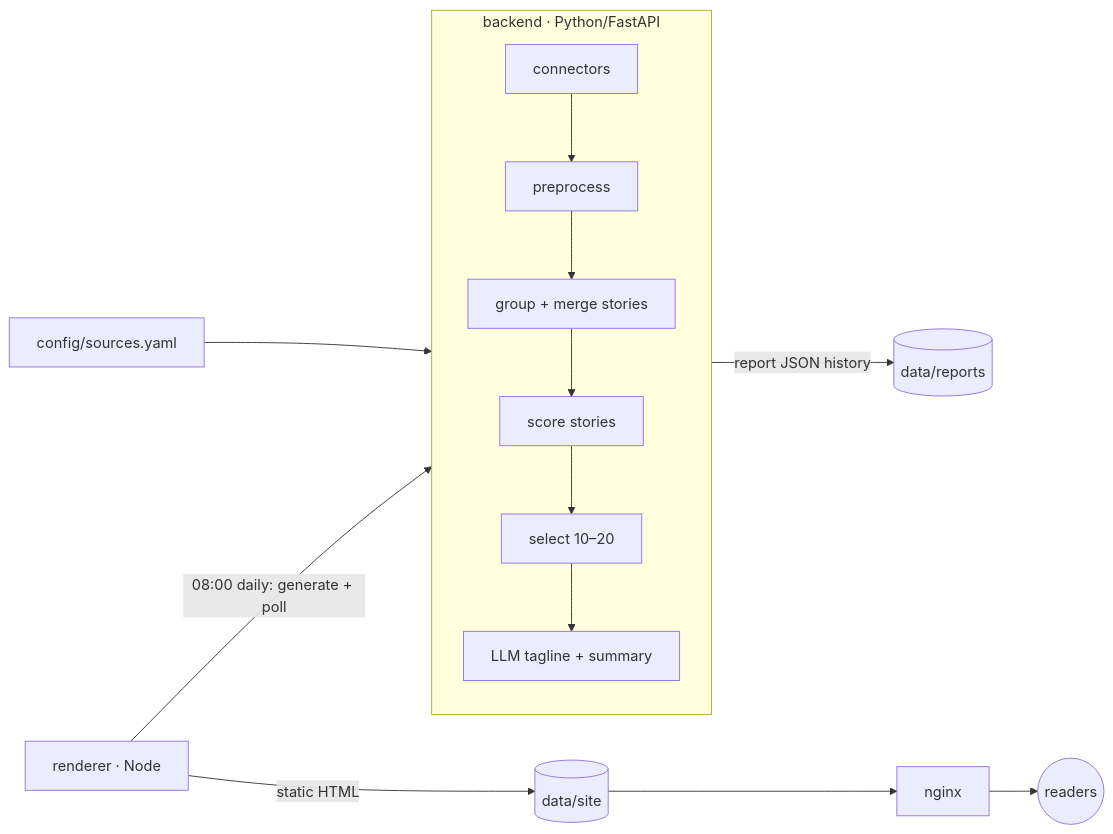
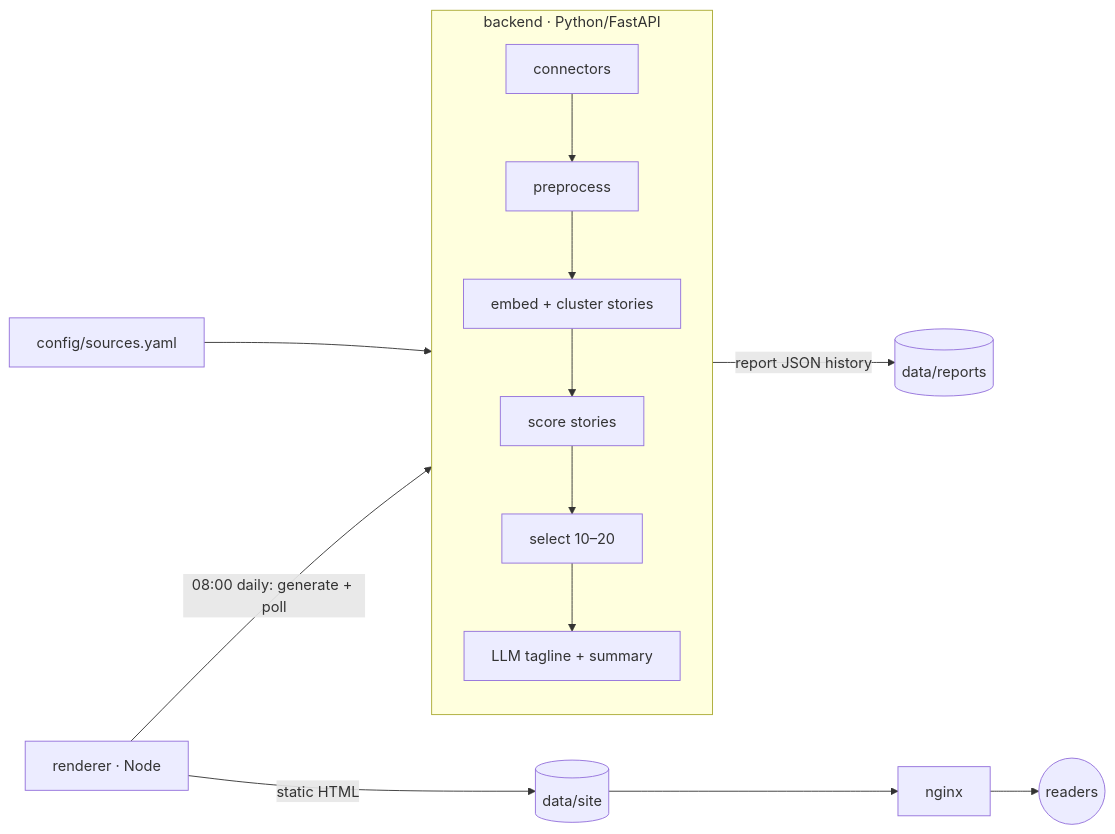
The diagram in README.md (runyanjake/news), drawn with Mermaid before and after one commit. The commit also changed other lines of this file and 22 other files, not shown here.

First line of the commit message:
Cluster stories with average-linkage on article embeddings

````diff
--- a/README.md
+++ b/README.md
@@ -6,11 +6,11 @@
 ```mermaid
 flowchart LR
   cfg[config/sources.yaml] --> be
   subgraph be[backend · Python/FastAPI]
-    c[connectors] --> p[preprocess] --> g[group + merge stories] --> s[score stories] --> sel[select 10–20] --> l[LLM tagline + summary]
+    c[connectors] --> p[preprocess] --> g[embed + cluster stories] --> s[score stories] --> sel[select 10–20] --> l[LLM tagline + summary]
   end
   be -- report JSON history --> data1[(data/reports)]
   r[renderer · Node] -- 08:00 daily: generate + poll --> be
   r -- static HTML --> data2[(data/site)]
   data2 --> n[nginx] --> u((readers))
 ```
````
